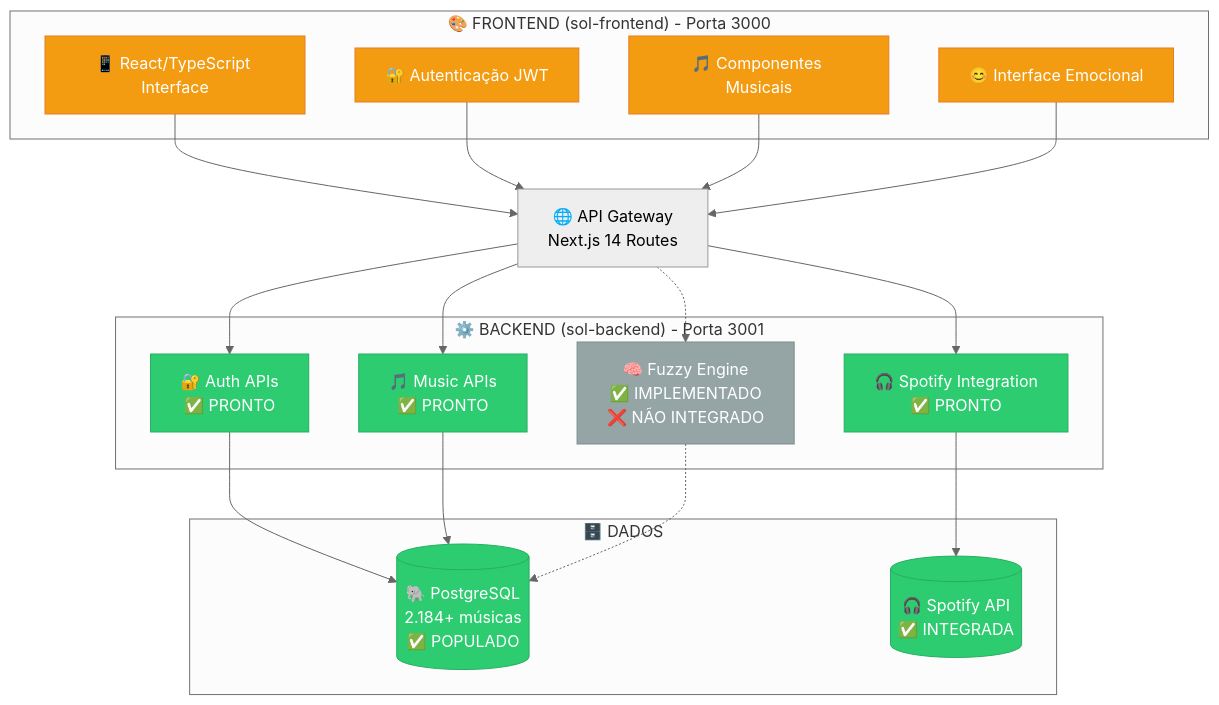
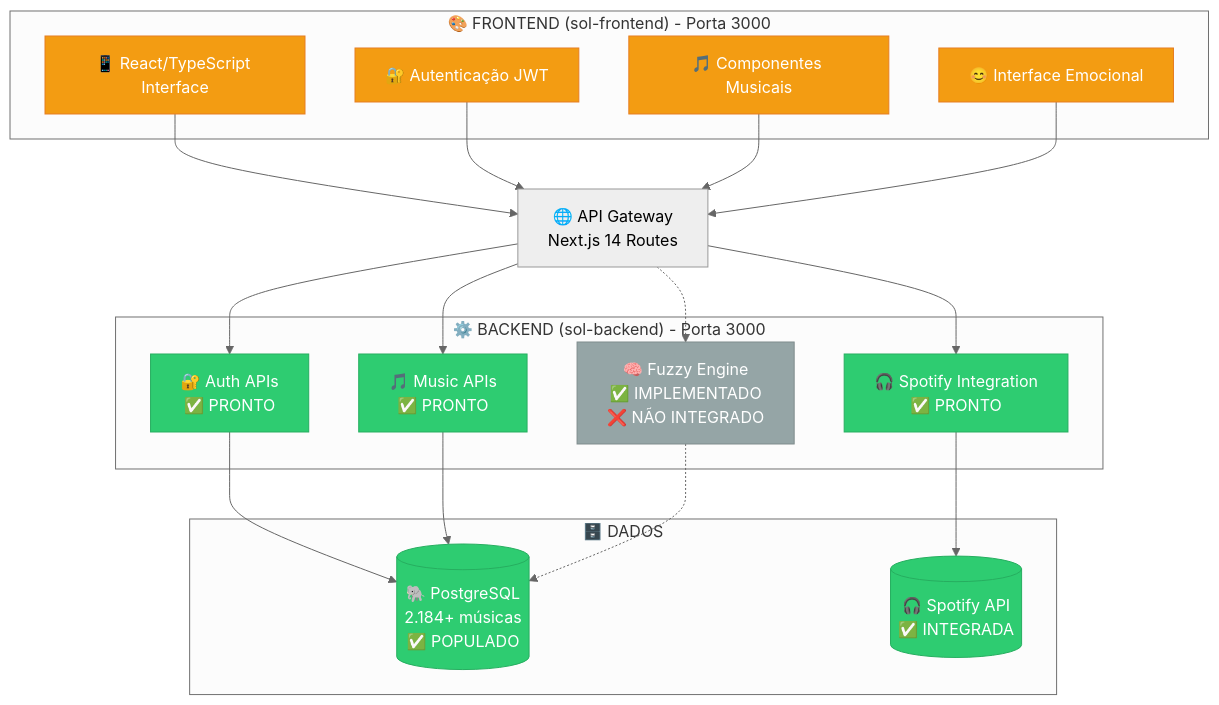
One commit to natybastosp/sistema_SOl changed the first of 2 diagrams in solFlow.md. Above: the diagram before and after it, drawn with Mermaid (neutral theme). The commit also changed other lines of this file and 3 other files, not shown here.

````diff
--- a/solFlow.md
+++ b/solFlow.md
@@ -34,53 +34,53 @@
 ```mermaid
 graph TB
     %% Frontend Layer
     subgraph "🎨 FRONTEND (sol-frontend) - Porta 3000"
         A[📱 React/TypeScript Interface]
         B[🔐 Autenticação JWT]
         C[🎵 Componentes Musicais]
         D[😊 Interface Emocional]
     end
 
     %% API Gateway
     E[🌐 API Gateway<br/>Next.js 14 Routes]
 
     %% Backend Services
-    subgraph "⚙️ BACKEND (sol-backend) - Porta 3001"
+    subgraph "⚙️ BACKEND (sol-backend) - Porta 3000"
         F[🔐 Auth APIs<br/>✅ PRONTO]
         G[🎵 Music APIs<br/>✅ PRONTO]
         H[🎧 Spotify Integration<br/>✅ PRONTO]
         I[🧠 Fuzzy Engine<br/>✅ IMPLEMENTADO<br/>❌ NÃO INTEGRADO]
     end
 
     %% Database Layer
     subgraph "🗄️ DADOS"
         J[(🐘 PostgreSQL<br/>2.184+ músicas<br/>✅ POPULADO)]
         K[(🎧 Spotify API<br/>✅ INTEGRADA)]
     end
 
     %% Connections
     A --> E
     B --> E
     C --> E
     D --> E
 
     E --> F
     E --> G
     E --> H
     E -.-> I
 
     F --> J
     G --> J
     H --> K
     I -.-> J
 
     %% Status Colors
     classDef ready fill:#2ecc71,stroke:#27ae60,color:#fff
     classDef partial fill:#f39c12,stroke:#e67e22,color:#fff
     classDef pending fill:#e74c3c,stroke:#c0392b,color:#fff
     classDef notConnected fill:#95a5a6,stroke:#7f8c8d,color:#fff
 
     class F,G,H,J,K ready
     class A,B,C,D partial
     class I notConnected
 ```
````
